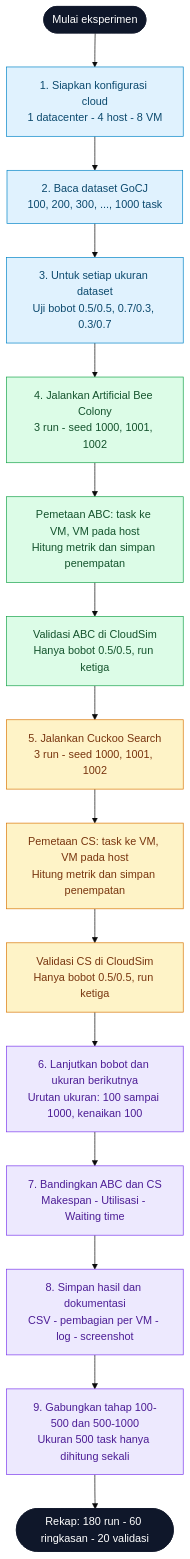
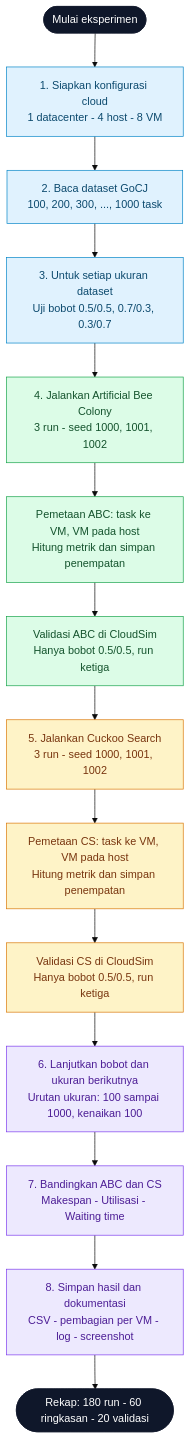
The diagram in docs/ALUR-EKSPERIMEN.md (tiarafthzzhr/Kelompok5_SOKA_Metaheuristik), drawn with Mermaid (base theme) before and after one commit. The commit also changed other lines of this file and 50 other files, not shown here.

Commit message:
Lengkapi dokumentasi dan hasil metaheuristik 100-1000 task

````diff
--- a/docs/ALUR-EKSPERIMEN.md
+++ b/docs/ALUR-EKSPERIMEN.md
@@ -5,28 +5,27 @@
 ```mermaid
 flowchart TD
     START([Mulai eksperimen]) --> CONFIG["1. Siapkan konfigurasi cloud<br/>1 datacenter - 4 host - 8 VM"]
     CONFIG --> DATA["2. Baca dataset GoCJ<br/>100, 200, 300, ..., 1000 task"]
     DATA --> SETUP["3. Untuk setiap ukuran dataset<br/>Uji bobot 0.5/0.5, 0.7/0.3, 0.3/0.7"]
     SETUP --> ABC["4. Jalankan Artificial Bee Colony<br/>3 run - seed 1000, 1001, 1002"]
     ABC --> ABCMAP["Pemetaan ABC: task ke VM, VM pada host<br/>Hitung metrik dan simpan penempatan"]
     ABCMAP --> ABCVAL["Validasi ABC di CloudSim<br/>Hanya bobot 0.5/0.5, run ketiga"]
     ABCVAL --> CS["5. Jalankan Cuckoo Search<br/>3 run - seed 1000, 1001, 1002"]
     CS --> CSMAP["Pemetaan CS: task ke VM, VM pada host<br/>Hitung metrik dan simpan penempatan"]
     CSMAP --> CSVAL["Validasi CS di CloudSim<br/>Hanya bobot 0.5/0.5, run ketiga"]
     CSVAL --> REPEAT["6. Lanjutkan bobot dan ukuran berikutnya<br/>Urutan ukuran: 100 sampai 1000, kenaikan 100"]
     REPEAT --> OUTPUT["7. Bandingkan ABC dan CS<br/>Makespan - Utilisasi - Waiting time"]
     OUTPUT --> FILES["8. Simpan hasil dan dokumentasi<br/>CSV - pembagian per VM - log - screenshot"]
-    FILES --> MERGE["9. Gabungkan tahap 100-500 dan 500-1000<br/>Ukuran 500 task hanya dihitung sekali"]
-    MERGE --> END([Rekap: 180 run - 60 ringkasan - 20 validasi])
+    FILES --> END([Rekap: 180 run - 60 ringkasan - 20 validasi])
 
     classDef startEnd fill:#0f172a,color:#ffffff,stroke:#0f172a;
     classDef setup fill:#e0f2fe,color:#0c4a6e,stroke:#0284c7;
     classDef abc fill:#dcfce7,color:#14532d,stroke:#16a34a;
     classDef cs fill:#fef3c7,color:#78350f,stroke:#d97706;
     classDef output fill:#ede9fe,color:#4c1d95,stroke:#7c3aed;
     class START,END startEnd;
     class CONFIG,DATA,SETUP setup;
     class ABC,ABCMAP,ABCVAL abc;
     class CS,CSMAP,CSVAL cs;
-    class REPEAT,OUTPUT,FILES,MERGE output;
+    class REPEAT,OUTPUT,FILES output;
 ```
````
